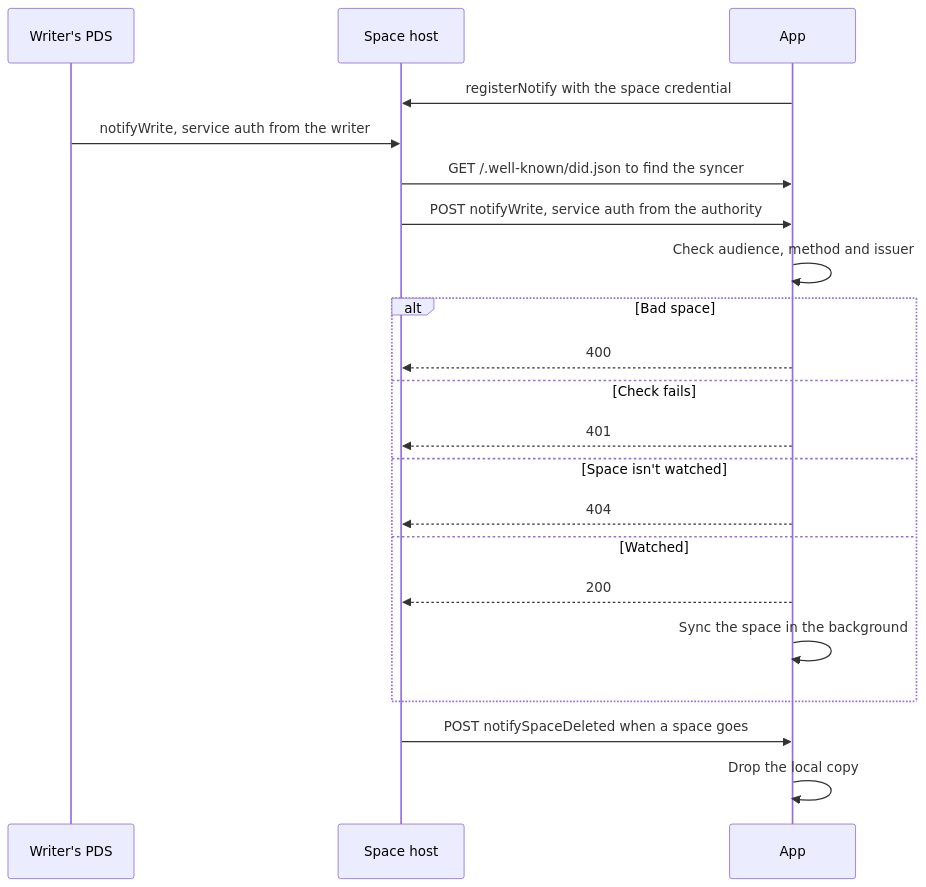
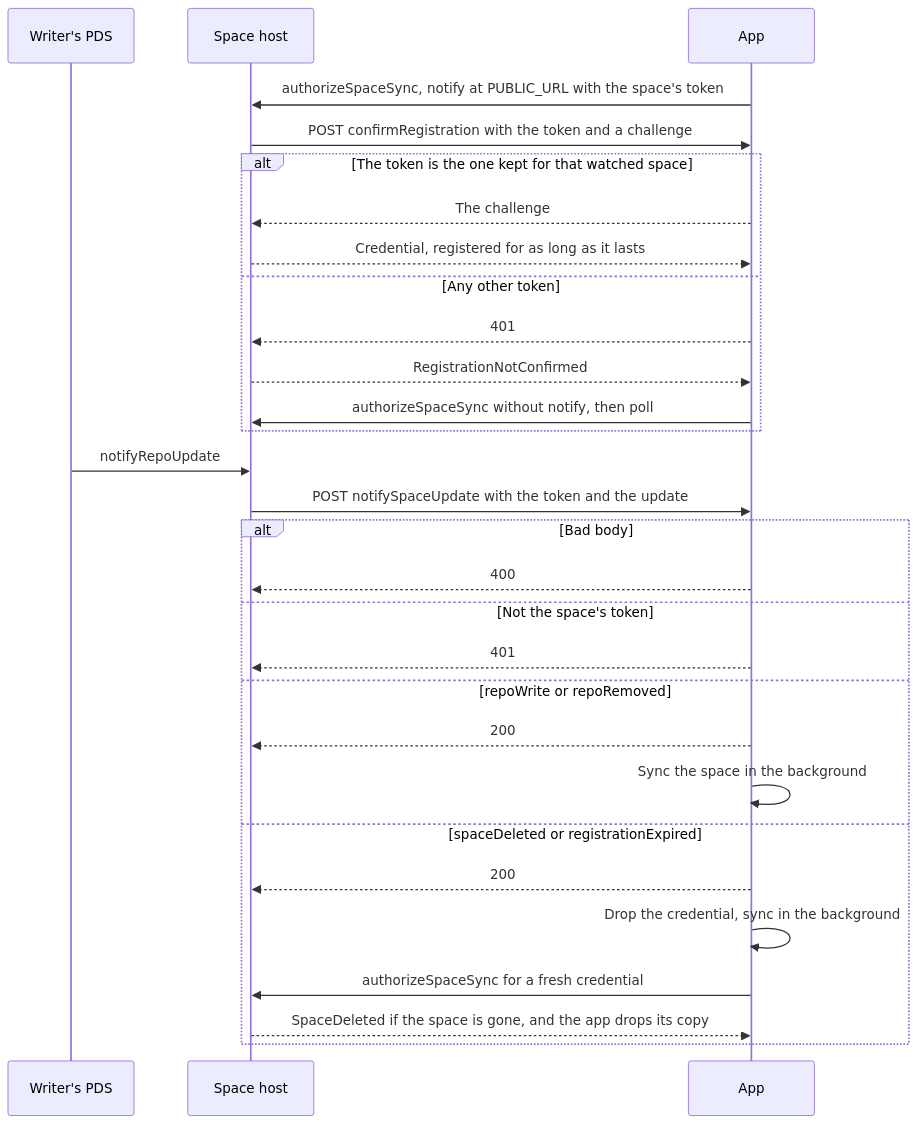
The sixth of 8 diagrams in apps/web/docs/diagrams/spaces.md (cutenode/localnetwork), drawn with Mermaid before and after one commit. The commit also changed other lines of this file and 59 other files, not shown here.

````diff
--- a/apps/web/docs/diagrams/spaces.md
+++ b/apps/web/docs/diagrams/spaces.md
@@ -131,23 +132,31 @@
 ```mermaid
 sequenceDiagram
   participant W as Writer's PDS
   participant H as Space host
   participant A as App
-  A->>H: registerNotify with the space credential
-  W->>H: notifyWrite, service auth from the writer
-  H->>A: GET /.well-known/did.json to find the syncer
-  H->>A: POST notifyWrite, service auth from the authority
-  A->>A: Check audience, method and issuer
-  alt Bad space
+  A->>H: authorizeSpaceSync, notify at PUBLIC_URL with the space's token
+  H->>A: POST confirmRegistration with the token and a challenge
+  alt The token is the one kept for that watched space
+    A-->>H: The challenge
+    H-->>A: Credential, registered for as long as it lasts
+  else Any other token
+    A-->>H: 401
+    H-->>A: RegistrationNotConfirmed
+    A->>H: authorizeSpaceSync without notify, then poll
+  end
+  W->>H: notifyRepoUpdate
+  H->>A: POST notifySpaceUpdate with the token and the update
+  alt Bad body
     A-->>H: 400
-  else Check fails
+  else Not the space's token
     A-->>H: 401
-  else Space isn't watched
-    A-->>H: 404
-  else Watched
+  else repoWrite or repoRemoved
     A-->>H: 200
     A->>A: Sync the space in the background
+  else spaceDeleted or registrationExpired
+    A-->>H: 200
+    A->>A: Drop the credential, sync in the background
+    A->>H: authorizeSpaceSync for a fresh credential
+    H-->>A: SpaceDeleted if the space is gone, and the app drops its copy
   end
-  H->>A: POST notifySpaceDeleted when a space goes
-  A->>A: Drop the local copy
 ```
````
